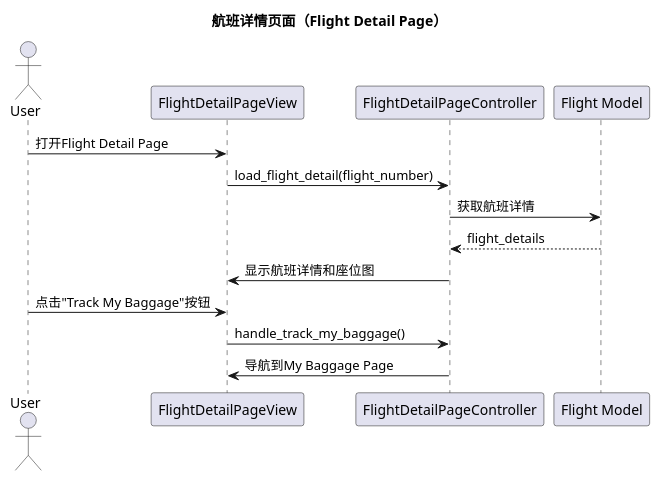
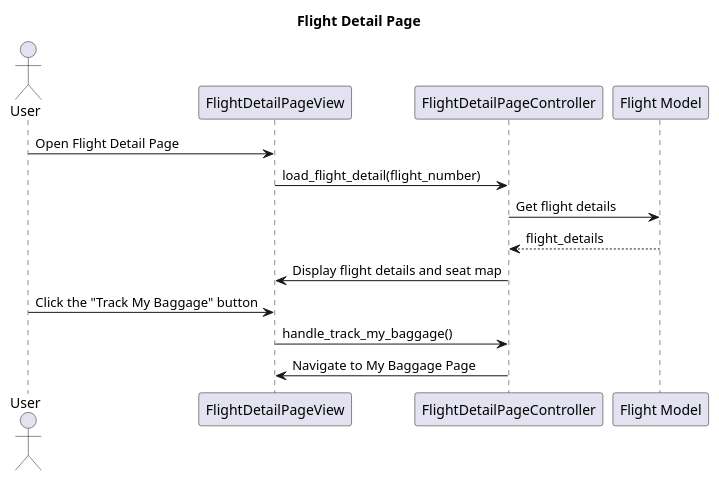
One commit to violeteye1234/group23_COMPS350F changed diagram 14 of 16 in planning/class_diagrams.md. Above: the diagram before and after it, drawn with PlantUML. The commit also changed other lines of this file, not shown here.

````diff
--- a/planning/class_diagrams.md
+++ b/planning/class_diagrams.md
@@ -420,19 +420,19 @@
 ```plantuml
 @startuml
-title 航班详情页面（Flight Detail Page）
+title Flight Detail Page
 
 actor User
 participant "FlightDetailPageView" as View
 participant "FlightDetailPageController" as Controller
 participant "Flight Model" as FlightModel
 
-User -> View: 打开Flight Detail Page
+User -> View: Open Flight Detail Page
 View -> Controller: load_flight_detail(flight_number)
-Controller -> FlightModel: 获取航班详情
+Controller -> FlightModel: Get flight details
 FlightModel --> Controller: flight_details
-Controller -> View: 显示航班详情和座位图
-User -> View: 点击"Track My Baggage"按钮
+Controller -> View: Display flight details and seat map
+User -> View: Click the "Track My Baggage" button
 View -> Controller: handle_track_my_baggage()
-Controller -> View: 导航到My Baggage Page
+Controller -> View: Navigate to My Baggage Page
 @enduml
 ```
````
